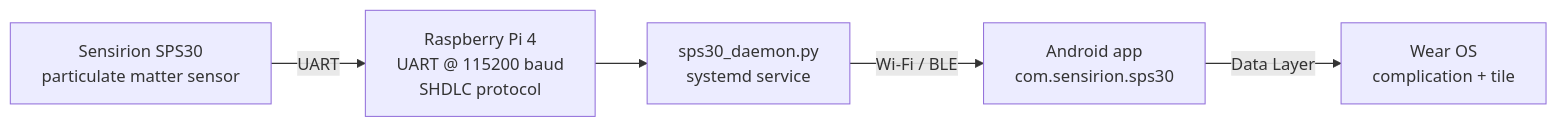
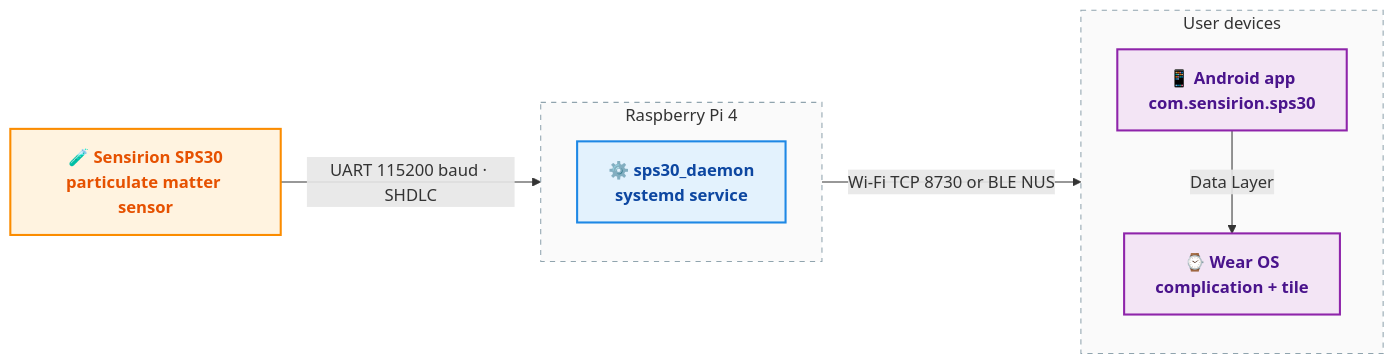
Before and after one commit to mlfisch3/sps30-pi: the diagram in README.md, drawn with Mermaid.

Commit message:
Theme the architecture diagram with grouping and color classes

````diff
--- a/README.md
+++ b/README.md
@@ -12,13 +12,27 @@
 ```mermaid
-flowchart LR
-    SPS30["Sensirion SPS30<br/>particulate matter sensor"]
-    Pi["Raspberry Pi 4<br/>UART @ 115200 baud<br/>SHDLC protocol"]
-    Daemon["sps30_daemon.py<br/>systemd service"]
-    App["Android app<br/>com.sensirion.sps30"]
-    Wear["Wear OS<br/>complication + tile"]
+graph LR
+    %% Theme
+    classDef sensor fill:#FFF3E0,stroke:#FB8C00,stroke-width:2px,color:#E65100,font-weight:bold;
+    classDef service fill:#E3F2FD,stroke:#1E88E5,stroke-width:2px,color:#0D47A1,font-weight:bold;
+    classDef client fill:#F3E5F5,stroke:#8E24AA,stroke-width:2px,color:#4A148C,font-weight:bold;
 
-    SPS30 -- UART --> Pi
-    Pi --> Daemon
-    Daemon -- Wi-Fi / BLE --> App
-    App -- Data Layer --> Wear
+    SPS30["🧪 Sensirion SPS30<br/>particulate matter sensor"]:::sensor
+
+    subgraph Pi [" Raspberry Pi 4 "]
+        direction TB
+        Daemon["⚙️ sps30_daemon<br/>systemd service"]:::service
+    end
+
+    subgraph User [" User devices "]
+        direction TB
+        App["📱 Android app<br/>com.sensirion.sps30"]:::client
+        Watch["⌚ Wear OS<br/>complication + tile"]:::client
+        App -->|Data Layer| Watch
+    end
+
+    SPS30 -->|UART 115200 baud · SHDLC| Daemon
+    Daemon -->|Wi-Fi TCP 8730 or BLE NUS| App
+
+    style Pi fill:#FAFAFA,stroke:#90A4AE,stroke-width:1px,stroke-dasharray: 5 5
+    style User fill:#FAFAFA,stroke:#90A4AE,stroke-width:1px,stroke-dasharray: 5 5
 ```
````
